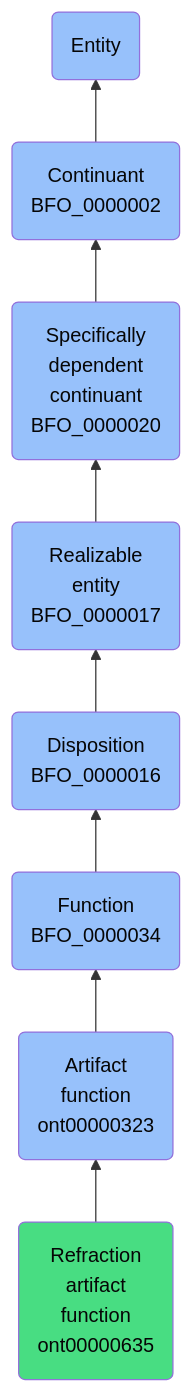
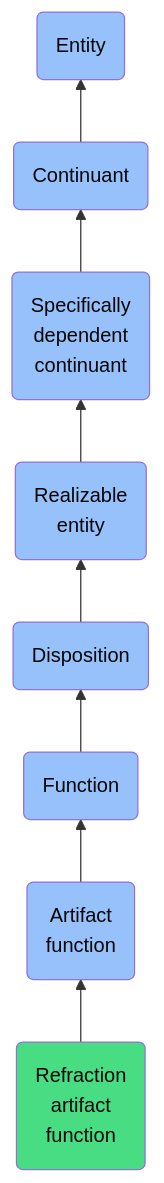
The diagram in docs/ontology/reference/model/Entity/Continuant/Specifically dependent continuant/Realizable entity/Disposition/Function/Artifact function/Refraction artifact function/Refraction artifact function.md (jupyter-naas/abi), drawn with Mermaid before and after one commit. The commit also changed other lines of this file and 1430 other files, not shown here.

````diff
--- a/docs/ontology/reference/model/Entity/Continuant/Specifically dependent continuant/Realizable entity/Disposition/Function/Artifact function/Refraction artifact function/Refraction artifact function.md
+++ b/docs/ontology/reference/model/Entity/Continuant/Specifically dependent continuant/Realizable entity/Disposition/Function/Artifact function/Refraction artifact function/Refraction artifact function.md
@@ -24,15 +24,15 @@
 ```mermaid
 graph BT
-    ont00000635(Refraction<br>artifact<br>function<br>ont00000635):::ABI-->ont00000323
-    ont00000323(Artifact<br>function<br>ont00000323):::BFO-->BFO_0000034
-    BFO_0000034(Function<br>BFO_0000034):::BFO-->BFO_0000016
-    BFO_0000016(Disposition<br>BFO_0000016):::BFO-->BFO_0000017
-    BFO_0000017(Realizable<br>entity<br>BFO_0000017):::BFO-->BFO_0000020
-    BFO_0000020(Specifically<br>dependent<br>continuant<br>BFO_0000020):::BFO-->BFO_0000002
-    BFO_0000002(Continuant<br>BFO_0000002):::BFO-->BFO_0000001
+    ont00000635(Refraction<br>artifact<br>function):::ABI-->ont00000323
+    ont00000323(Artifact<br>function):::BFO-->BFO_0000034
+    BFO_0000034(Function):::BFO-->BFO_0000016
+    BFO_0000016(Disposition):::BFO-->BFO_0000017
+    BFO_0000017(Realizable<br>entity):::BFO-->BFO_0000020
+    BFO_0000020(Specifically<br>dependent<br>continuant):::BFO-->BFO_0000002
+    BFO_0000002(Continuant):::BFO-->BFO_0000001
     BFO_0000001(Entity):::BFO
     
     classDef BFO fill:#97c1fb,color:#060606
     classDef CCO fill:#e4c51e,color:#060606
     classDef ABI fill:#48DD82,color:#060606
 ```
````
